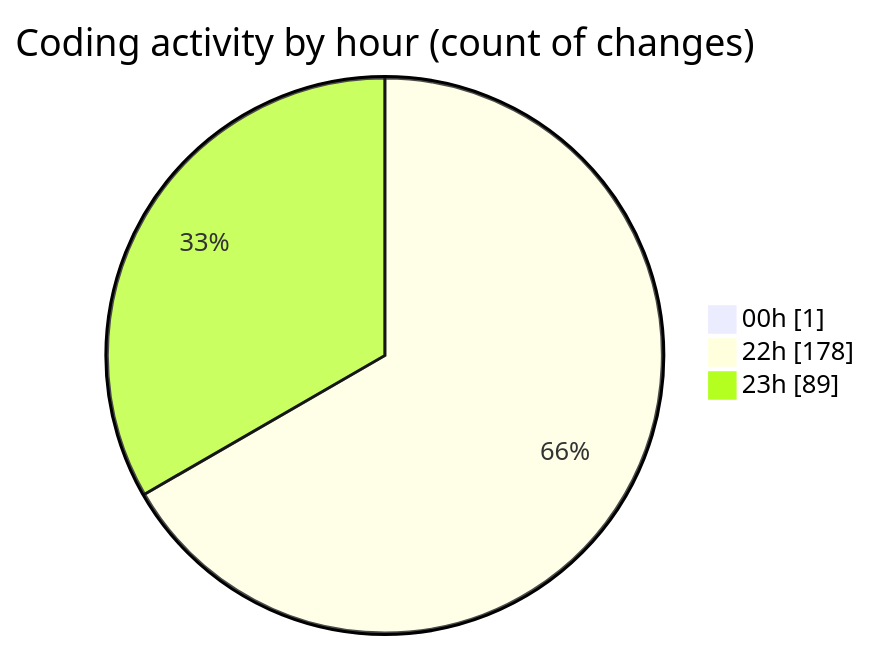
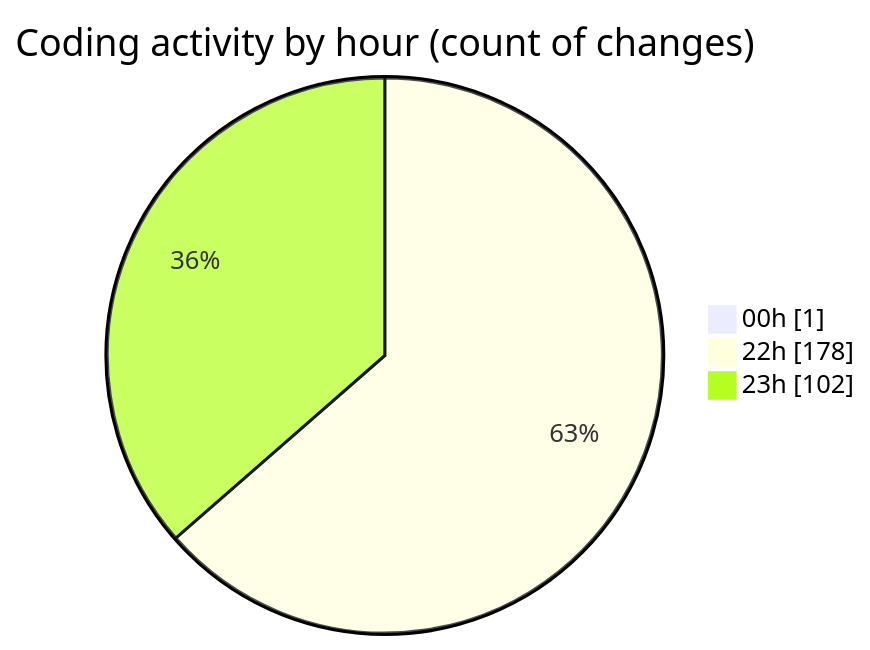
The second of 2 diagrams in 2025-08-04/javascript/README.md (Ritupan-Deka/code-tracking), drawn with Mermaid before and after one commit. The commit also changed other lines of this file and 1 other file, not shown here.

````diff
--- a/2025-08-04/javascript/README.md
+++ b/2025-08-04/javascript/README.md
@@ -31,7 +31,7 @@
 ```mermaid
 pie showData
 title Coding activity by hour (count of changes)
 "00h" : 1
 "22h" : 178
-"23h" : 89
+"23h" : 102
 ```
````
